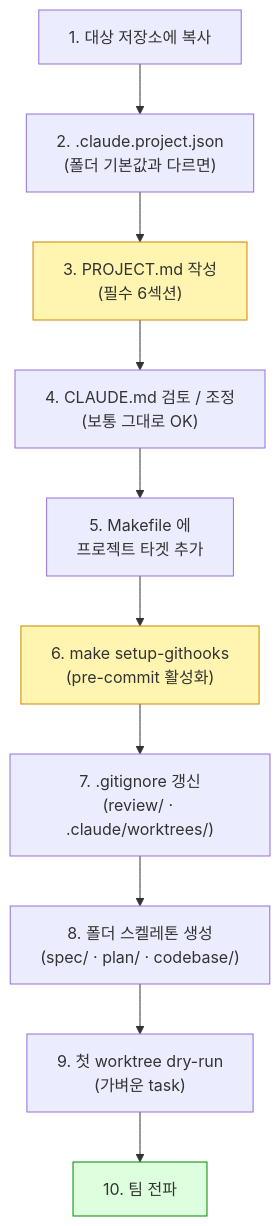
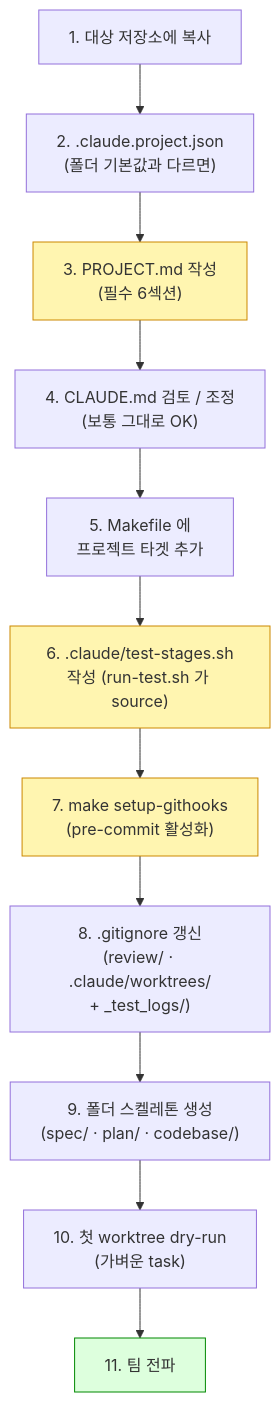
The diagram in README.md (worker-ants/claude-code-harness), drawn with Mermaid before and after one commit. The commit also changed other lines of this file and 45 other files, not shown here.

````diff
--- a/README.md
+++ b/README.md
@@ -74,16 +84,18 @@
 ```mermaid
 flowchart TD
     S1["1. 대상 저장소에 복사"] --> S2["2. .claude.project.json<br/>(폴더 기본값과 다르면)"]
     S2 --> S3["3. PROJECT.md 작성<br/>(필수 6섹션)"]
     S3 --> S4["4. CLAUDE.md 검토 / 조정<br/>(보통 그대로 OK)"]
     S4 --> S5["5. Makefile 에<br/>프로젝트 타겟 추가"]
-    S5 --> S6["6. make setup-githooks<br/>(pre-commit 활성화)"]
-    S6 --> S7["7. .gitignore 갱신<br/>(review/ · .claude/worktrees/)"]
-    S7 --> S8["8. 폴더 스켈레톤 생성<br/>(spec/ · plan/ · codebase/)"]
-    S8 --> S9["9. 첫 worktree dry-run<br/>(가벼운 task)"]
-    S9 --> S10["10. 팀 전파"]
+    S5 --> S5a["6. .claude/test-stages.sh<br/>작성 (run-test.sh 가 source)"]
+    S5a --> S6["7. make setup-githooks<br/>(pre-commit 활성화)"]
+    S6 --> S7["8. .gitignore 갱신<br/>(review/ · .claude/worktrees/<br/>+ _test_logs/)"]
+    S7 --> S8["9. 폴더 스켈레톤 생성<br/>(spec/ · plan/ · codebase/)"]
+    S8 --> S9["10. 첫 worktree dry-run<br/>(가벼운 task)"]
+    S9 --> S10["11. 팀 전파"]
 
     style S3 fill:#fff5b0,stroke:#c80
+    style S5a fill:#fff5b0,stroke:#c80
     style S6 fill:#fff5b0,stroke:#c80
     style S10 fill:#dfd,stroke:#080
 ```
````
